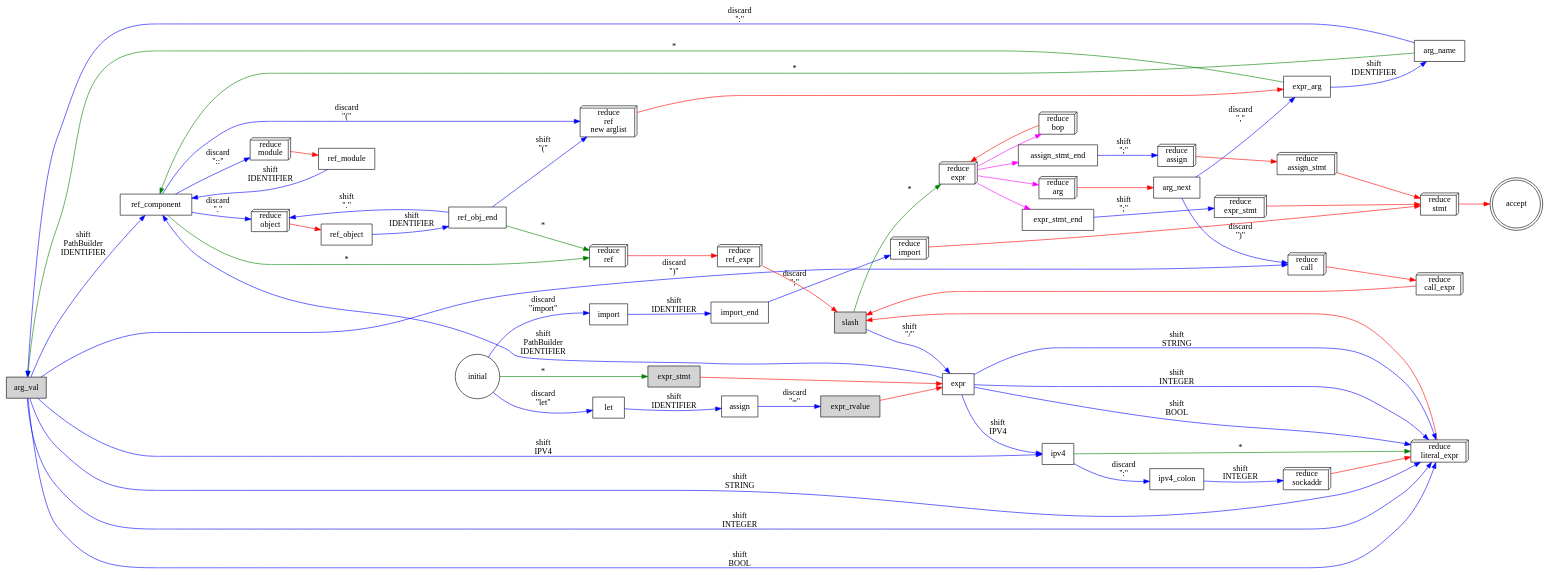
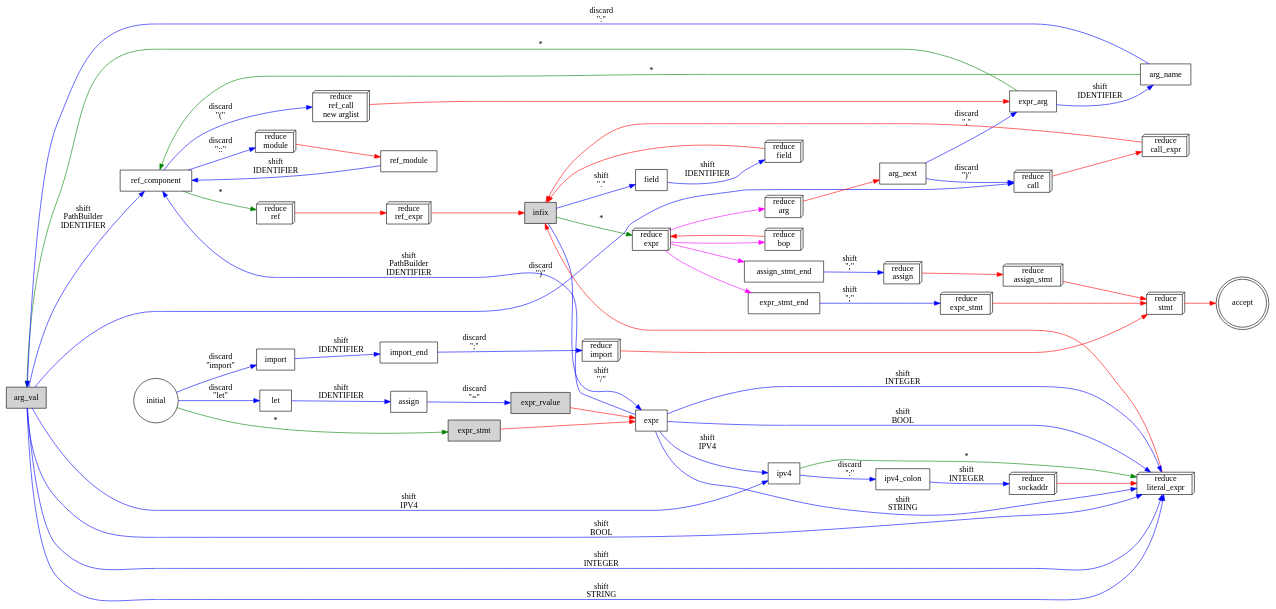
Before and after one commit to giannitedesco/resynth: the diagram in doc/parser.dot, drawn with Graphviz. The commit also changed 4 other files, not shown here.

```diff
--- a/doc/parser.dot
+++ b/doc/parser.dot
@@ -1,143 +1,139 @@
 digraph {
 	/* Key:
 	 *
 	 * blue edges indicate consuming a token
+	 * red edges indicate non-consuming GOTO transitions
 	 * green edges indicate non-consuming catchall transitions
+	 * magenta edges represent popping a state from the stack and transitioning to it
 	 *
 	 * 3dbox nodes indicate a reduction step
-	 * red edges indicate non-consuming GOTO transitions
 	 *
 	 * filled nodes indicate pushing a state transition to the stack
-	 * magenta edges represent popping a state from the stack and transitioning to it
 	 */
 	graph [rankdir=LR];
 	node [shape=rectangle];
 	edge [color=blue];
 
 	arg_val [style=filled];
 	expr_stmt [style=filled];
 	expr_rvalue [style=filled];
-	slash [style=filled];
+	infix [style=filled];
 
 	initial [shape="circle"];
 	accept [shape="doublecircle"];
 
 	initial -> import [label="discard\n\"import\""];
 	initial -> let [label="discard\n\"let\""];
 	initial -> expr_stmt [label="*" color=green];
 
 	import -> import_end [label="shift\nIDENTIFIER"];
 	import_end -> reduce_import [label="discard\n\";\""];
 
 	let -> assign [label="shift\nIDENTIFIER"];
 
 	assign -> expr_rvalue [label="discard\n\"=\""];
 
 	reduce_import -> reduce_stmt [color=red];
 	reduce_import [label="reduce\nimport" shape=box3d];
 
 	// ref
 
 	ref_component -> reduce_module [label="discard\n\"::\""];
 
-	ref_component -> reduce_object [label="discard\n\".\""];
 	ref_component -> reduce_ref_call [label="discard\n\"(\""];
 	ref_component -> reduce_ref_naked [label="*" color=green];
 
-	reduce_object -> ref_object [color=red];
-	reduce_object [label="reduce\nobject" shape=box3d];
 
 	reduce_ref_call -> expr_arg [color=red];
-	reduce_ref_call [label="reduce\nref\nnew arglist" shape=box3d];
+	reduce_ref_call [label="reduce\nref_call\nnew arglist" shape=box3d];
 
 
 	reduce_module -> ref_module [color=red];
 	reduce_module [label="reduce\nmodule" shape=box3d];
 
 	ref_module -> ref_component [label="shift\nIDENTIFIER"];
-
-	ref_object -> ref_obj_end [label="shift\nIDENTIFIER"];
-
-	ref_obj_end -> reduce_object [label="shift\n\".\""];
-	ref_obj_end -> reduce_ref_call [label="shift\n\"(\""];
-	ref_obj_end -> reduce_ref_naked [label="*" color=green];
 
 	arg_next -> expr_arg [label="discard\n\",\""];
 	arg_next -> reduce_call [label="discard\n\")\""];
 
 	expr_arg -> arg_name [label="shift\nIDENTIFIER"];
 	expr_arg -> arg_val [label="*" color=green];
 	arg_name -> arg_val [label="discard\n\":\""];
 	arg_name -> ref_component [label="*" color=green];
 
 	arg_val -> reduce_literal_expr [label="shift\nSTRING"];
 	arg_val -> reduce_literal_expr [label="shift\nINTEGER"];
 	arg_val -> reduce_literal_expr [label="shift\nBOOL"];
 	arg_val -> ipv4 [label="shift\nIPV4"];
 	arg_val -> ref_component [label="shift\nPathBuilder\nIDENTIFIER"];
 
 	arg_val -> reduce_call [label="discard\n\")\""];
 
 	expr_stmt -> expr [color=red];
 	expr_rvalue -> expr [color=red];
 
 	expr -> reduce_literal_expr [label="shift\nSTRING"];
 	expr -> reduce_literal_expr [label="shift\nINTEGER"];
 	expr -> reduce_literal_expr [label="shift\nBOOL"];
 	expr -> ipv4 [label="shift\nIPV4"];
 	expr -> ref_component [label="shift\nPathBuilder\nIDENTIFIER"];
 
 	reduce_arg -> arg_next [color=red];
 	reduce_arg [label="reduce\narg" shape=box3d];
 
 	reduce_bop -> reduce_expr [color=red];
 	reduce_bop [label="reduce\nbop" shape=box3d];
 
-	reduce_literal_expr -> slash [color=red];
+	reduce_literal_expr -> infix [color=red];
 	reduce_literal_expr [label="reduce\nliteral_expr" shape=box3d];
 
 	reduce_ref_naked -> reduce_ref_expr [color=red];
 	reduce_ref_naked [label="reduce\nref" shape=box3d];
 
-	reduce_ref_expr -> slash [color=red];
+	reduce_ref_expr -> infix [color=red];
 	reduce_ref_expr [label="reduce\nref_expr" shape=box3d];
 
-	reduce_call_expr -> slash [color=red];
+	reduce_call_expr -> infix [color=red];
 	reduce_call_expr [label="reduce\ncall_expr" shape=box3d];
 
-	slash -> expr [label="shift\n\"/\""];
-	slash -> reduce_expr [label="*" color=green];
+	field -> reduce_field [label="shift\nIDENTIFIER"];
+	reduce_field [label="reduce\nfield" shape=box3d];
+	reduce_field -> infix [color=red];
+
+	infix -> expr [label="shift\n\"/\""];
+	infix -> field [label="shift\n\".\""];
+	infix -> reduce_expr [label="*" color=green];
 
 	reduce_expr -> reduce_arg [color=magenta];
 	reduce_expr -> reduce_bop [color=magenta];
 	reduce_expr -> expr_stmt_end [color=magenta];
 	reduce_expr -> assign_stmt_end [color=magenta];
 	reduce_expr [label="reduce\nexpr" shape=box3d];
 
 	ipv4 -> ipv4_colon [label="discard\n\":\""];
 	ipv4 -> reduce_literal_expr [label="*" color=green];
 
 	ipv4_colon -> reduce_sockaddr [label="shift\nINTEGER"];
 
 	reduce_sockaddr -> reduce_literal_expr [color=red];
 	reduce_sockaddr [label="reduce\nsockaddr" shape=box3d];
 
 	reduce_call -> reduce_call_expr [color=red];
 	reduce_call [label="reduce\ncall" shape=box3d];
 
 	expr_stmt_end -> reduce_expr_stmt [label="shift\n\";\""];
 
 	assign_stmt_end -> reduce_assign [label="shift\n\";\""];
 
 	reduce_assign -> reduce_assign_stmt [color=red];
 	reduce_assign [label="reduce\nassign" shape=box3d];
 
 	reduce_expr_stmt -> reduce_stmt [color=red];
 	reduce_expr_stmt [label="reduce\nexpr_stmt" shape=box3d];
 
 	reduce_assign_stmt -> reduce_stmt [color=red];
 	reduce_assign_stmt [label="reduce\nassign_stmt" shape=box3d];
 
 	reduce_stmt -> accept [color=red];
 	reduce_stmt [label="reduce\nstmt" shape=box3d];
 }
```
